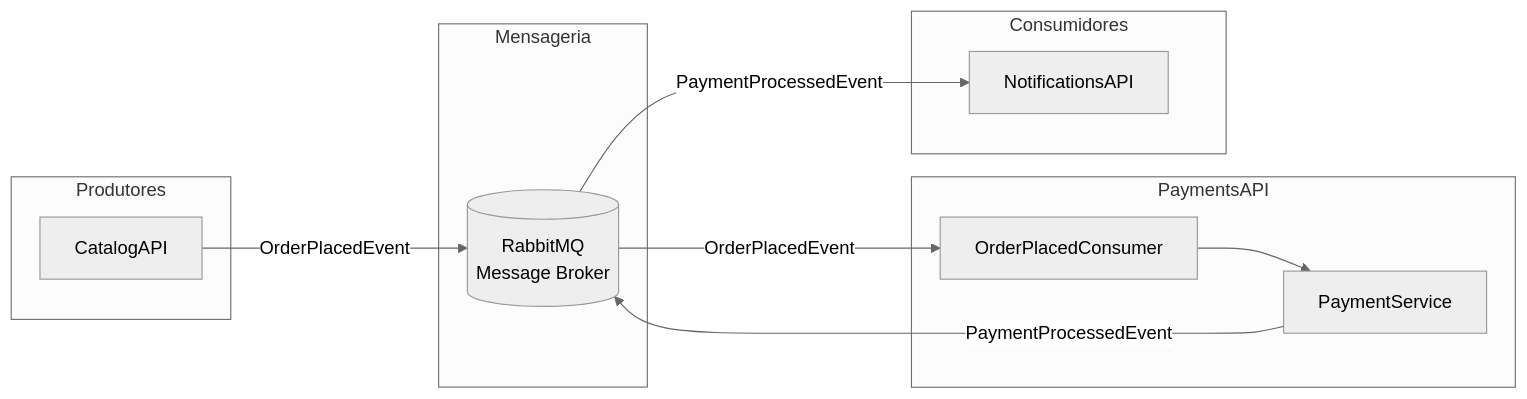
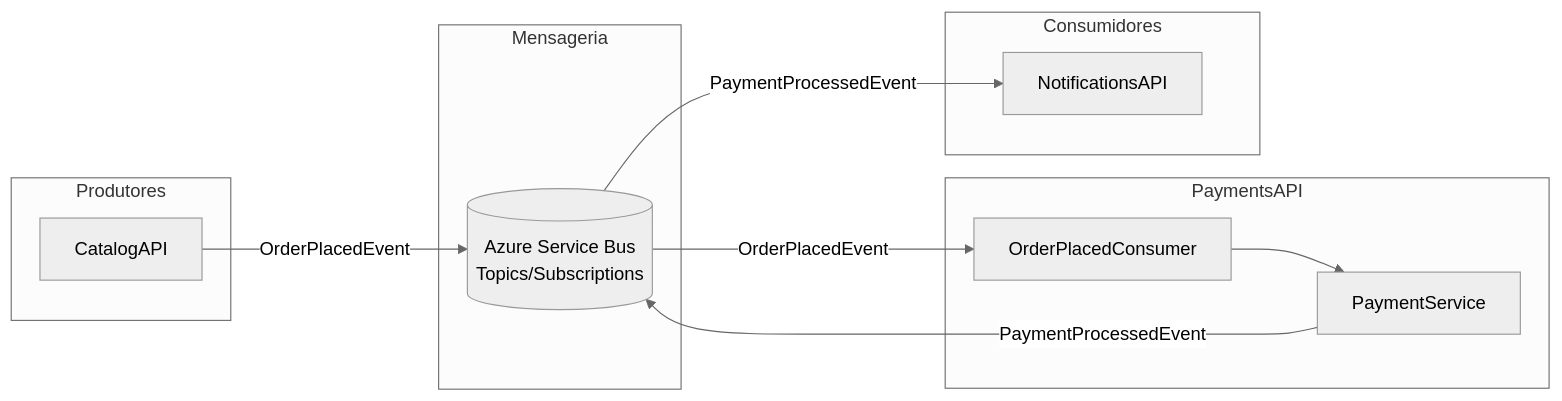
Before and after one commit to jeromelpedro/PaymentsAPI: the diagram in README.md, drawn with Mermaid (neutral theme). The commit also changed other lines of this file and 14 other files, not shown here.

Commit message:
migration to azure service bus and log analytics

````diff
--- a/README.md
+++ b/README.md
@@ -53,25 +54,25 @@
 ```mermaid
 flowchart LR
     subgraph Produtores
         A[CatalogAPI]
     end
 
     subgraph Mensageria
-        B[(RabbitMQ<br/>Message Broker)]
+      B[(Azure Service Bus<br/>Topics/Subscriptions)]
     end
 
     subgraph PaymentsAPI
         C[OrderPlacedConsumer]
         D[PaymentService]
     end
 
     subgraph Consumidores
         E[NotificationsAPI]
     end
 
     A -->|OrderPlacedEvent| B
     B -->|OrderPlacedEvent| C
     C --> D
     D -->|PaymentProcessedEvent| B
     B -->|PaymentProcessedEvent| E
 ```
````
